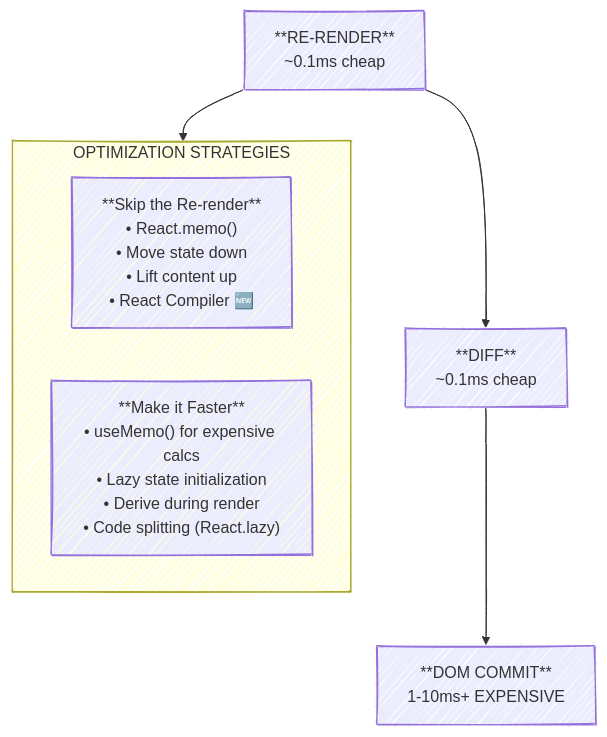
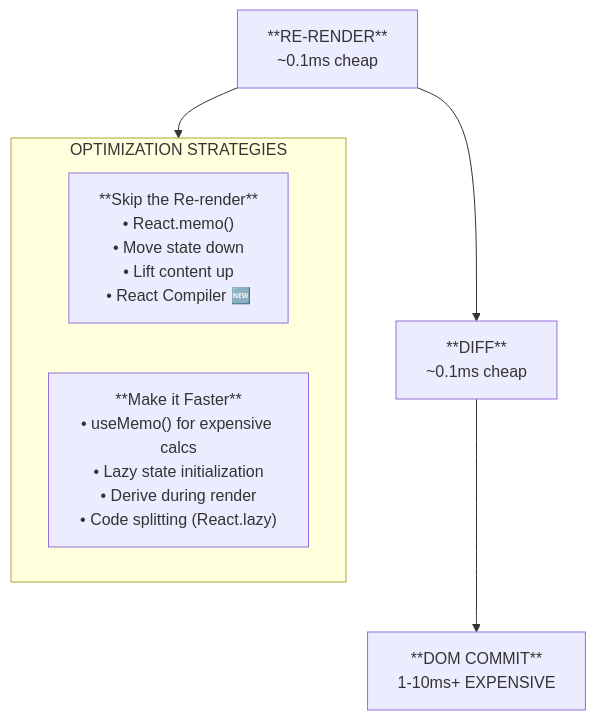
One commit to bobby-openclaw/react-learning changed the diagram in chapters/16-performance/CHAPTER.md. Above: the diagram before and after it, drawn with Mermaid. The commit also changed 25 other files, not shown here.

First line of the commit message:
docs: replace all ASCII diagrams with Mermaid, remove sketch style

````diff
--- a/chapters/16-performance/CHAPTER.md
+++ b/chapters/16-performance/CHAPTER.md
@@ -32,12 +32,12 @@
 ```mermaid
-%%{init: {'theme': 'default', 'look': 'handDrawn'}}%%
+%%{init: {'theme':'default'}}%%
 flowchart TD
-    R["**RE-RENDER**\n~0.1ms cheap"] --> D["**DIFF**\n~0.1ms cheap"] --> C["**DOM COMMIT**\n1-10ms+ EXPENSIVE"]
+    R["**RE-RENDER**<br/>~0.1ms cheap"] --> D["**DIFF**<br/>~0.1ms cheap"] --> C["**DOM COMMIT**<br/>1-10ms+ EXPENSIVE"]
     R --> OPT
 
     subgraph OPT ["OPTIMIZATION STRATEGIES"]
         direction LR
-        SKIP["**Skip the Re-render**\n• React.memo()\n• Move state down\n• Lift content up\n• React Compiler 🆕"]
-        FAST["**Make it Faster**\n• useMemo() for expensive calcs\n• Lazy state initialization\n• Derive during render\n• Code splitting (React.lazy)"]
+        SKIP["**Skip the Re-render**<br/>• React.memo()<br/>• Move state down<br/>• Lift content up<br/>• React Compiler 🆕"]
+        FAST["**Make it Faster**<br/>• useMemo() for expensive calcs<br/>• Lazy state initialization<br/>• Derive during render<br/>• Code splitting (React.lazy)"]
     end
 ```
````
